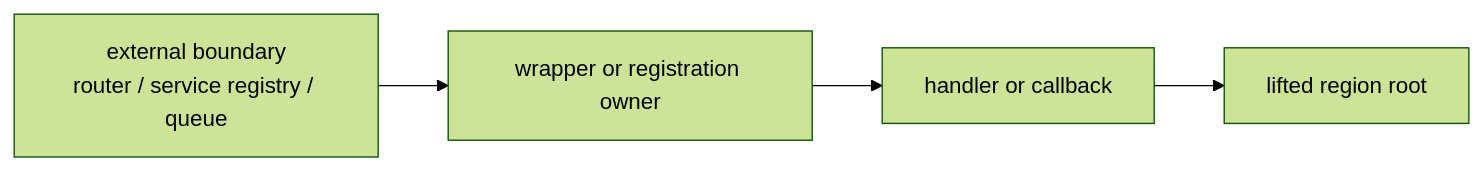
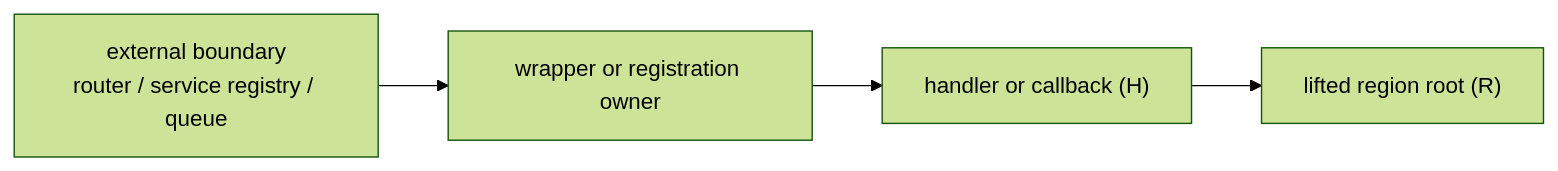
One commit to tgoodwin/monolift changed the first of 2 diagrams in docs/site/docs/entrypath-bridge.md. Above: the diagram before and after it, drawn with Mermaid (forest theme). The commit also changed other lines of this file, not shown here.

````diff
--- a/docs/site/docs/entrypath-bridge.md
+++ b/docs/site/docs/entrypath-bridge.md
@@ -42,6 +72,6 @@
 ```mermaid
 flowchart LR
     B["external boundary<br/>router / service registry / queue"] --> W["wrapper or registration owner"]
-    W --> H["handler or callback"]
-    H --> R["lifted region root"]
+    W --> H["handler or callback (H)"]
+    H --> R["lifted region root (R)"]
 ```
````
